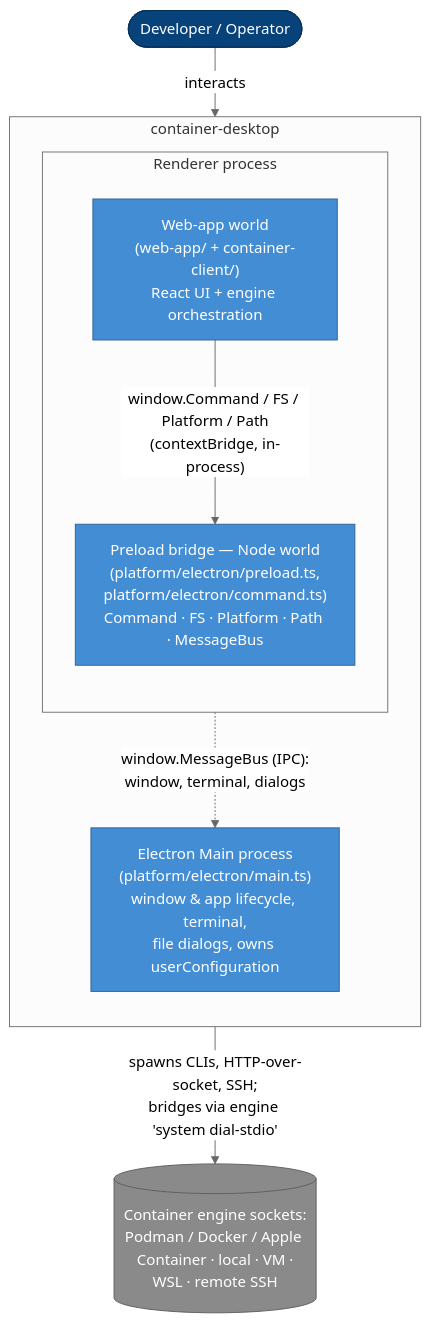
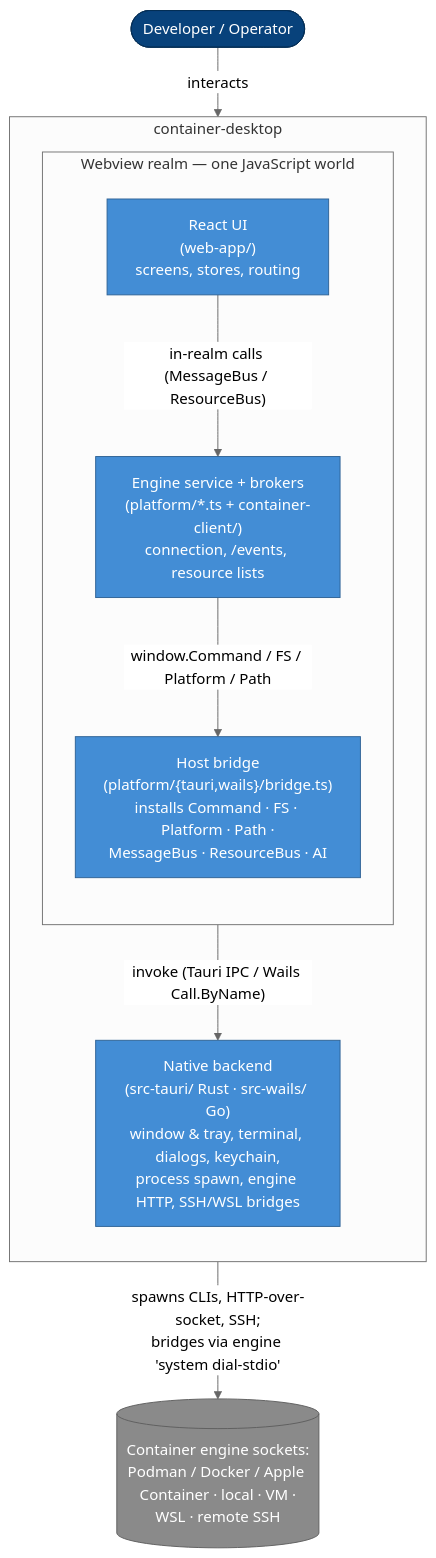
One commit to iongion/container-desktop changed the second of 2 diagrams in docs/architecture/overview.md. Above: the diagram before and after it, drawn with Mermaid (neutral theme). The commit also changed other lines of this file and 1901 other files, not shown here.

First line of the commit message:
feat: the connection core in Rust, and two shells instead of three

````diff
--- a/docs/architecture/overview.md
+++ b/docs/architecture/overview.md
@@ -56,27 +59,29 @@
 ```mermaid
 flowchart TB
   dev([Developer / Operator]):::person
 
   subgraph app[container-desktop]
     direction TB
 
-    main["Electron Main process<br/>(platform/electron/main.ts)<br/>window &amp; app lifecycle, terminal,<br/>file dialogs, owns userConfiguration"]:::container
+    subgraph realm[Webview realm — one JavaScript world]
+      direction TB
+      web["React UI<br/>(web-app/)<br/>screens, stores, routing"]:::container
+      svc["Engine service + brokers<br/>(platform/*.ts + container-client/)<br/>connection, /events, resource lists"]:::container
+      bridge["Host bridge<br/>(platform/{tauri,wails}/bridge.ts)<br/>installs Command · FS · Platform · Path ·<br/>MessageBus · ResourceBus · AI"]:::container
+    end
 
-    subgraph rp[Renderer process]
-      direction TB
-      web["Web-app world<br/>(web-app/ + container-client/)<br/>React UI + engine orchestration"]:::container
-      preload["Preload bridge — Node world<br/>(platform/electron/preload.ts,<br/>platform/electron/command.ts)<br/>Command · FS · Platform · Path · MessageBus"]:::container
-    end
+    native["Native backend<br/>(src-tauri/ Rust · src-wails/ Go)<br/>window &amp; tray, terminal, dialogs, keychain,<br/>process spawn, engine HTTP, SSH/WSL bridges"]:::container
   end
 
   engines[(Container engine sockets:<br/>Podman / Docker / Apple Container · local · VM ·<br/>WSL · remote SSH)]:::external
 
   dev -->|interacts| web
-  web -->|"window.Command / FS / Platform / Path<br/>(contextBridge, in-process)"| preload
-  web -.->|"window.MessageBus (IPC):<br/>window, terminal, dialogs"| main
-  preload -->|"spawns CLIs, HTTP-over-socket, SSH;<br/>bridges via engine 'system dial-stdio'"| engines
+  web -->|"in-realm calls (MessageBus / ResourceBus)"| svc
+  svc -->|"window.Command / FS / Platform / Path"| bridge
+  bridge -->|"invoke (Tauri IPC / Wails Call.ByName)"| native
+  native -->|"spawns CLIs, HTTP-over-socket, SSH;<br/>bridges via engine 'system dial-stdio'"| engines
 
   classDef person fill:#08427b,color:#fff,stroke:#052e56;
   classDef container fill:#438dd5,color:#fff,stroke:#2e6295;
   classDef external fill:#8a8a8a,color:#fff,stroke:#5e5e5e;
 ```
````
